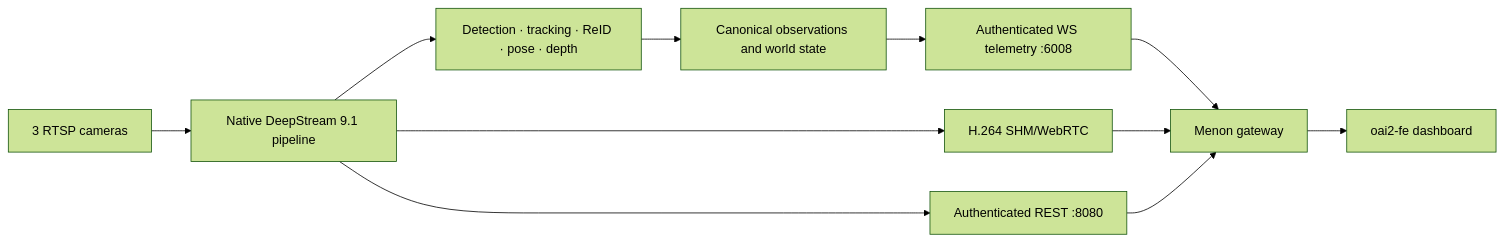
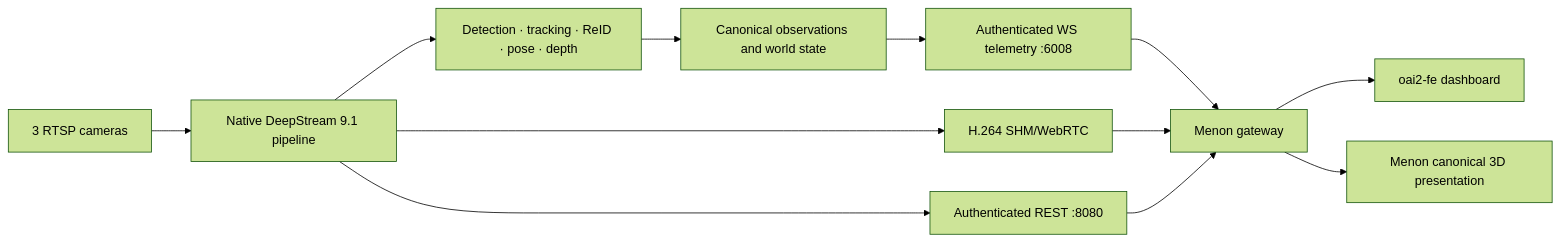
One commit to dmanfx/noesis changed the diagram in README.md. Above: the diagram before and after it, drawn with Mermaid (forest theme). The commit also changed other lines of this file and 30 other files, not shown here.

````diff
--- a/README.md
+++ b/README.md
@@ -30,13 +34,14 @@
 ```mermaid
 flowchart LR
     CAM[3 RTSP cameras] --> DS[Native DeepStream 9.1 pipeline]
     DS --> PERCEPTION[Detection · tracking · ReID · pose · depth]
     PERCEPTION --> WORLD[Canonical observations and world state]
     WORLD --> WS[Authenticated WS telemetry :6008]
     DS --> MEDIA[H.264 SHM/WebRTC]
     DS --> REST[Authenticated REST :8080]
     WS --> MENON[Menon gateway]
     MEDIA --> MENON
     REST --> MENON
     MENON --> UI[oai2-fe dashboard]
+    MENON --> SCENE[Menon canonical 3D presentation]
 ```
````
